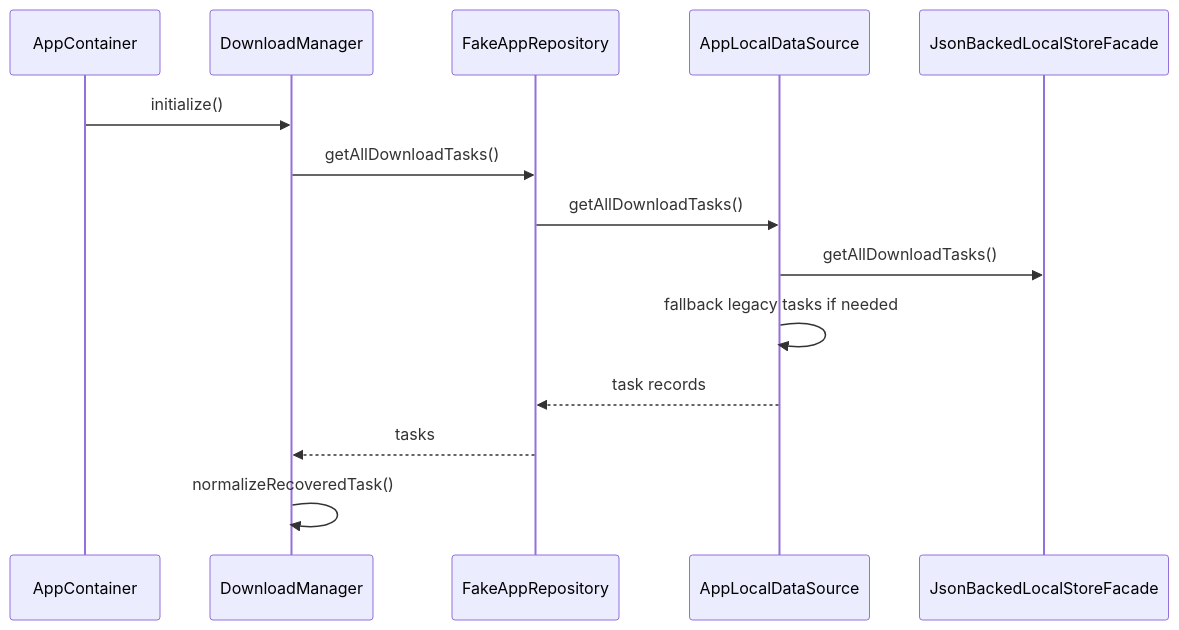
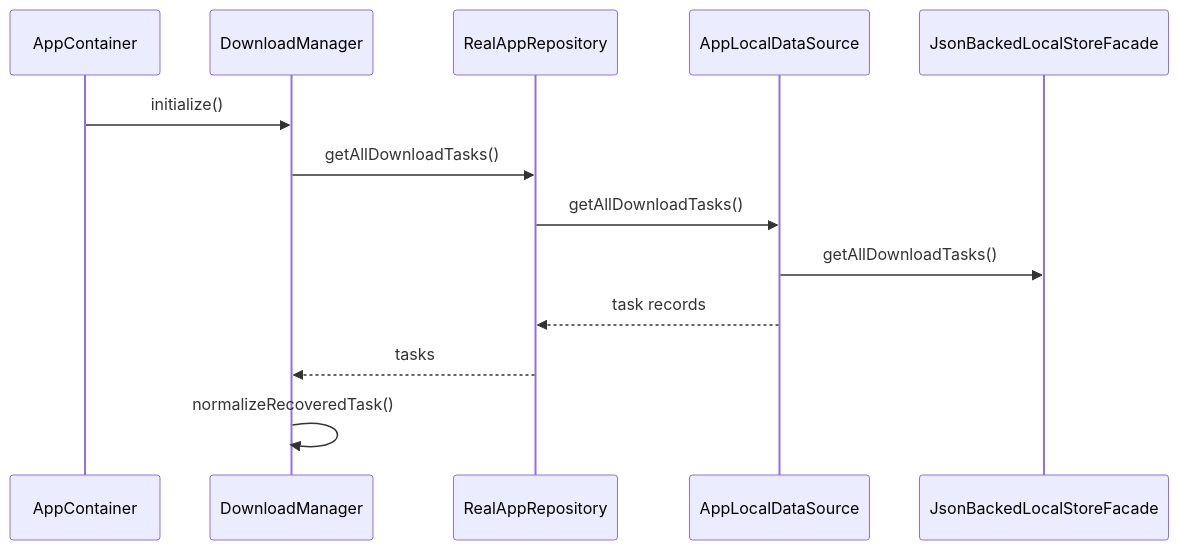
One commit to XZQ/CarAppStore changed the fourth of 4 diagrams in docs/15-Repository架构与流程.md. Above: the diagram before and after it, drawn with Mermaid. The commit also changed other lines of this file and 20 other files, not shown here.

````diff
--- a/docs/15-Repository架构与流程.md
+++ b/docs/15-Repository架构与流程.md
@@ -127,17 +101,16 @@
 ```mermaid
 sequenceDiagram
-participant APP as AppContainer
-participant DM as DownloadManager
-participant REPO as FakeAppRepository
-participant LOCAL as AppLocalDataSource
-participant FACADE as JsonBackedLocalStoreFacade
+    participant APP as AppContainer
+    participant DM as DownloadManager
+    participant REPO as RealAppRepository
+    participant LOCAL as AppLocalDataSource
+    participant FACADE as JsonBackedLocalStoreFacade
 
-APP->>DM: initialize()
-DM->>REPO: getAllDownloadTasks()
-REPO->>LOCAL: getAllDownloadTasks()
-LOCAL->>FACADE: getAllDownloadTasks()
-LOCAL->>LOCAL: fallback legacy tasks if needed
-LOCAL-->>REPO: task records
-REPO-->>DM: tasks
-DM->>DM: normalizeRecoveredTask()
+    APP->>DM: initialize()
+    DM->>REPO: getAllDownloadTasks()
+    REPO->>LOCAL: getAllDownloadTasks()
+    LOCAL->>FACADE: getAllDownloadTasks()
+    LOCAL-->>REPO: task records
+    REPO-->>DM: tasks
+    DM->>DM: normalizeRecoveredTask()
 ```
````
